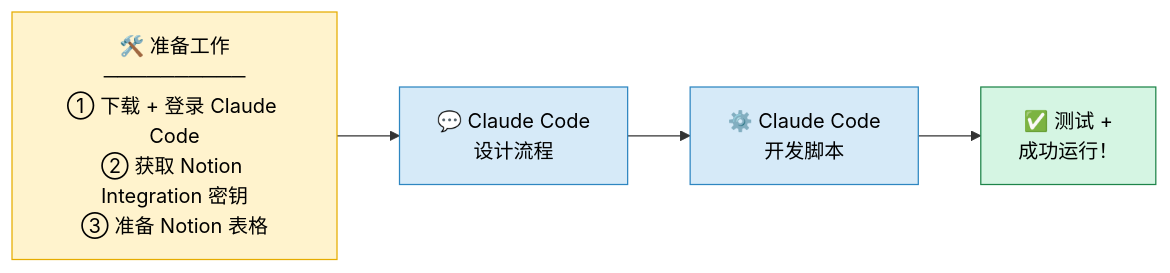
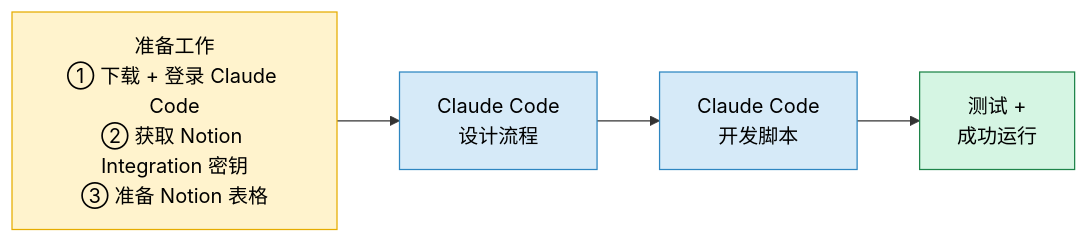
Before and after one commit to belljia95/youtube-notion-skill: the diagram in README.md, drawn with Mermaid. The commit also changed other lines of this file, not shown here.

Commit message:
Fix flowchart line breaks and update Notion integration steps

````diff
--- a/README.md
+++ b/README.md
@@ -9,11 +9,11 @@
 ```mermaid
 flowchart LR
-    A["🛠️ 准备工作\n──────────\n① 下载 + 登录 Claude Code\n② 获取 Notion Integration 密钥\n③ 准备 Notion 表格"] --> B["💬 Claude Code\n设计流程"]
-    B --> C["⚙️ Claude Code\n开发脚本"]
-    C --> D["✅ 测试 +\n成功运行！"]
+    A["准备工作<br/>① 下载 + 登录 Claude Code<br/>② 获取 Notion Integration 密钥<br/>③ 准备 Notion 表格"] --> B["Claude Code<br/>设计流程"]
+    B --> C["Claude Code<br/>开发脚本"]
+    C --> D["测试 +<br/>成功运行"]
 
     style A fill:#FFF3CD,stroke:#E6AC00,color:#000
     style B fill:#D6EAF8,stroke:#2E86C1,color:#000
     style C fill:#D6EAF8,stroke:#2E86C1,color:#000
     style D fill:#D5F5E3,stroke:#1E8449,color:#000
 ```
````
